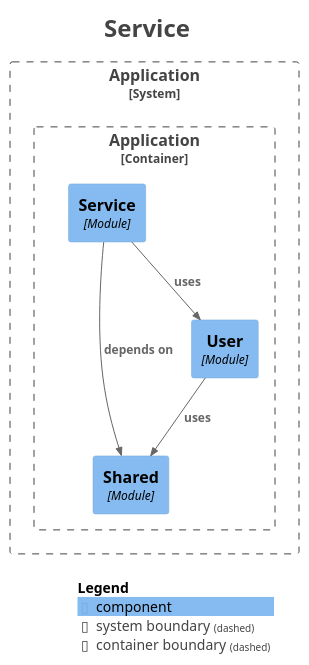
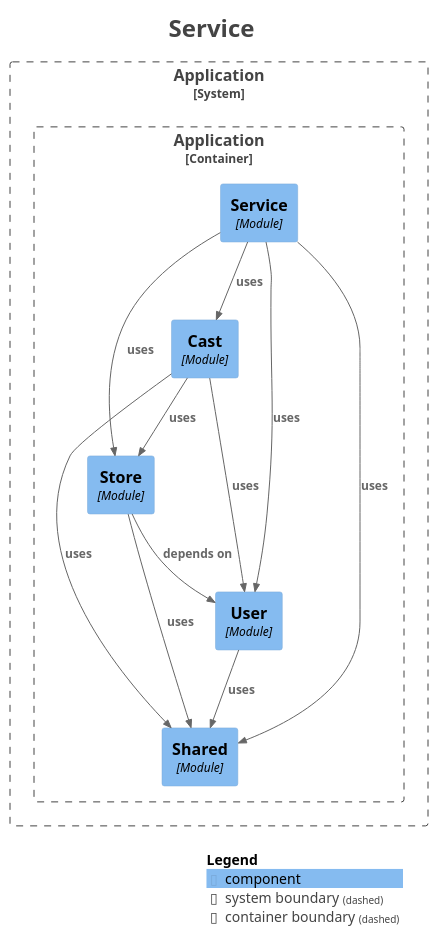
Before and after one commit to kanghouchao/Kizuna: the diagram in backend/docs/modulith/module-service.puml, drawn with PlantUML. The commit also changed 106 other files, not shown here.

```diff
--- a/backend/docs/modulith/module-service.puml
+++ b/backend/docs/modulith/module-service.puml
@@ -1,33 +1,42 @@
 @startuml
 title <size:24>Service</size>
 
 set separator none
 top to bottom direction
 
 <style>
   root {
     BackgroundColor: #ffffff
     FontColor: #444444
   }
 </style>
 
 !include <C4/C4>
 !include <C4/C4_Context>
 !include <C4/C4_Component>
 
 System_Boundary("Application_boundary", "Application", $tags="") {
   Container_Boundary("Application.Application_boundary", "Application", $tags="") {
+    Component(Application.Application.Store, "Store", $techn="Module", $descr="", $tags="", $link="")
+    Component(Application.Application.Cast, "Cast", $techn="Module", $descr="", $tags="", $link="")
     Component(Application.Application.Service, "Service", $techn="Module", $descr="", $tags="", $link="")
     Component(Application.Application.Shared, "Shared", $techn="Module", $descr="", $tags="", $link="")
     Component(Application.Application.User, "User", $techn="Module", $descr="", $tags="", $link="")
   }
 
 }
 
 Rel(Application.Application.User, Application.Application.Shared, "uses", $techn="", $tags="", $link="")
-Rel(Application.Application.Service, Application.Application.Shared, "depends on", $techn="", $tags="", $link="")
 Rel(Application.Application.Service, Application.Application.User, "uses", $techn="", $tags="", $link="")
+Rel(Application.Application.Store, Application.Application.User, "depends on", $techn="", $tags="", $link="")
+Rel(Application.Application.Store, Application.Application.Shared, "uses", $techn="", $tags="", $link="")
+Rel(Application.Application.Cast, Application.Application.User, "uses", $techn="", $tags="", $link="")
+Rel(Application.Application.Cast, Application.Application.Store, "uses", $techn="", $tags="", $link="")
+Rel(Application.Application.Cast, Application.Application.Shared, "uses", $techn="", $tags="", $link="")
+Rel(Application.Application.Service, Application.Application.Shared, "uses", $techn="", $tags="", $link="")
+Rel(Application.Application.Service, Application.Application.Cast, "uses", $techn="", $tags="", $link="")
+Rel(Application.Application.Service, Application.Application.Store, "uses", $techn="", $tags="", $link="")
 
 SHOW_LEGEND(true)
 hide stereotypes
 @enduml
```
